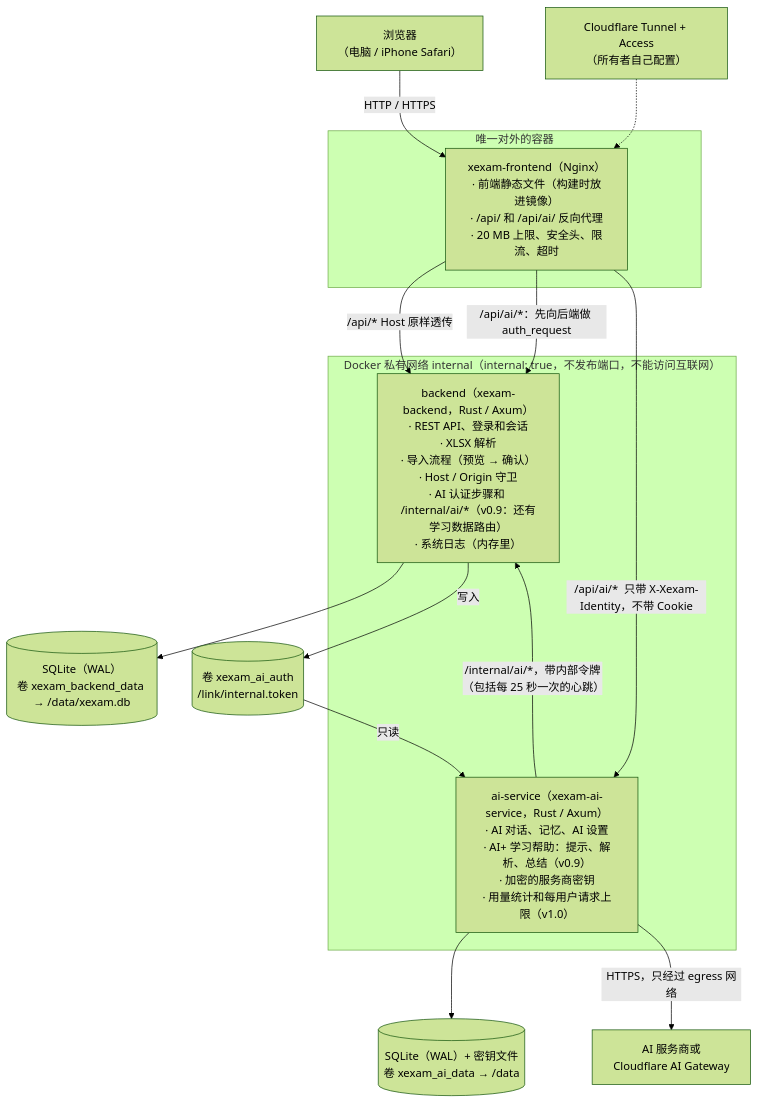
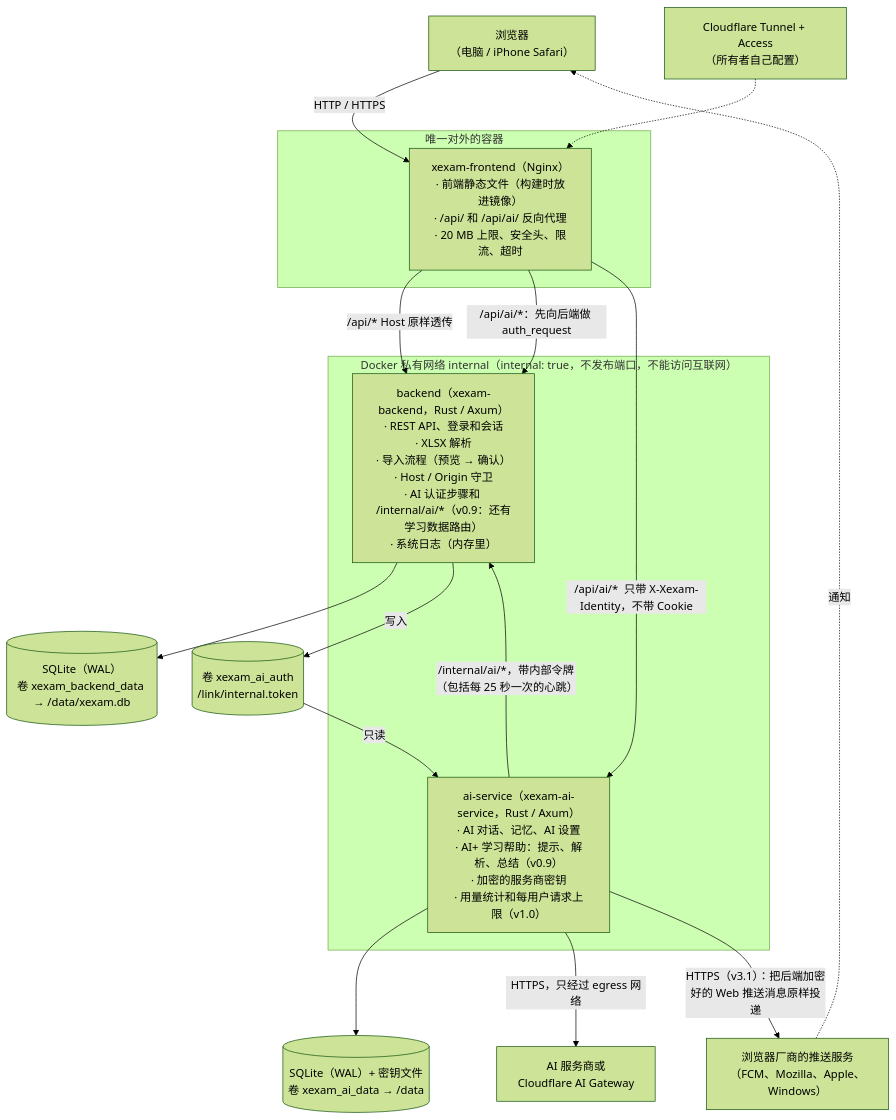
Before and after one commit to Yumin-Space/xexam: the first of 9 diagrams in docs/zh-CN/architecture.md, drawn with Mermaid (forest theme). The commit also changed other lines of this file and 346 other files, not shown here.

````diff
--- a/docs/zh-CN/architecture.md
+++ b/docs/zh-CN/architecture.md
@@ -10,21 +10,23 @@
 ```mermaid
 flowchart TB
     U["浏览器<br/>（电脑 / iPhone Safari）"] -->|"HTTP / HTTPS"| N
     subgraph pub["唯一对外的容器"]
         N["xexam-frontend（Nginx）<br/>· 前端静态文件（构建时放进镜像）<br/>· /api/ 和 /api/ai/ 反向代理<br/>· 20 MB 上限、安全头、限流、超时"]
     end
     subgraph priv["Docker 私有网络 internal（internal: true，不发布端口，不能访问互联网）"]
         B["backend（xexam-backend，Rust / Axum）<br/>· REST API、登录和会话<br/>· XLSX 解析<br/>· 导入流程（预览 → 确认）<br/>· Host / Origin 守卫<br/>· AI 认证步骤和 /internal/ai/*（v0.9：还有学习数据路由）<br/>· 系统日志（内存里）"]
         A["ai-service（xexam-ai-service，Rust / Axum）<br/>· AI 对话、记忆、AI 设置<br/>· AI+ 学习帮助：提示、解析、总结（v0.9）<br/>· 加密的服务商密钥<br/>· 用量统计和每用户请求上限（v1.0）"]
     end
     N -->|"/api/*  Host 原样透传"| B
     N -->|"/api/ai/*：先向后端做 auth_request"| B
     N -->|"/api/ai/*  只带 X-Xexam-Identity，不带 Cookie"| A
     A -->|"/internal/ai/*，带内部令牌<br/>（包括每 25 秒一次的心跳）"| B
     B --> D[("SQLite（WAL）<br/>卷 xexam_backend_data → /data/xexam.db")]
     A --> AD[("SQLite（WAL）+ 密钥文件<br/>卷 xexam_ai_data → /data")]
     B -->|"写入"| L[("卷 xexam_ai_auth<br/>/link/internal.token")]
     L -->|"只读"| A
     A -->|"HTTPS，只经过 egress 网络"| P["AI 服务商或<br/>Cloudflare AI Gateway"]
+    A -->|"HTTPS（v3.1）：把后端加密好的 Web 推送消息原样投递"| W["浏览器厂商的推送服务<br/>（FCM、Mozilla、Apple、Windows）"]
+    W -.->|"通知"| U
     CF["Cloudflare Tunnel + Access<br/>（所有者自己配置）"] -.-> N
 ```
````
